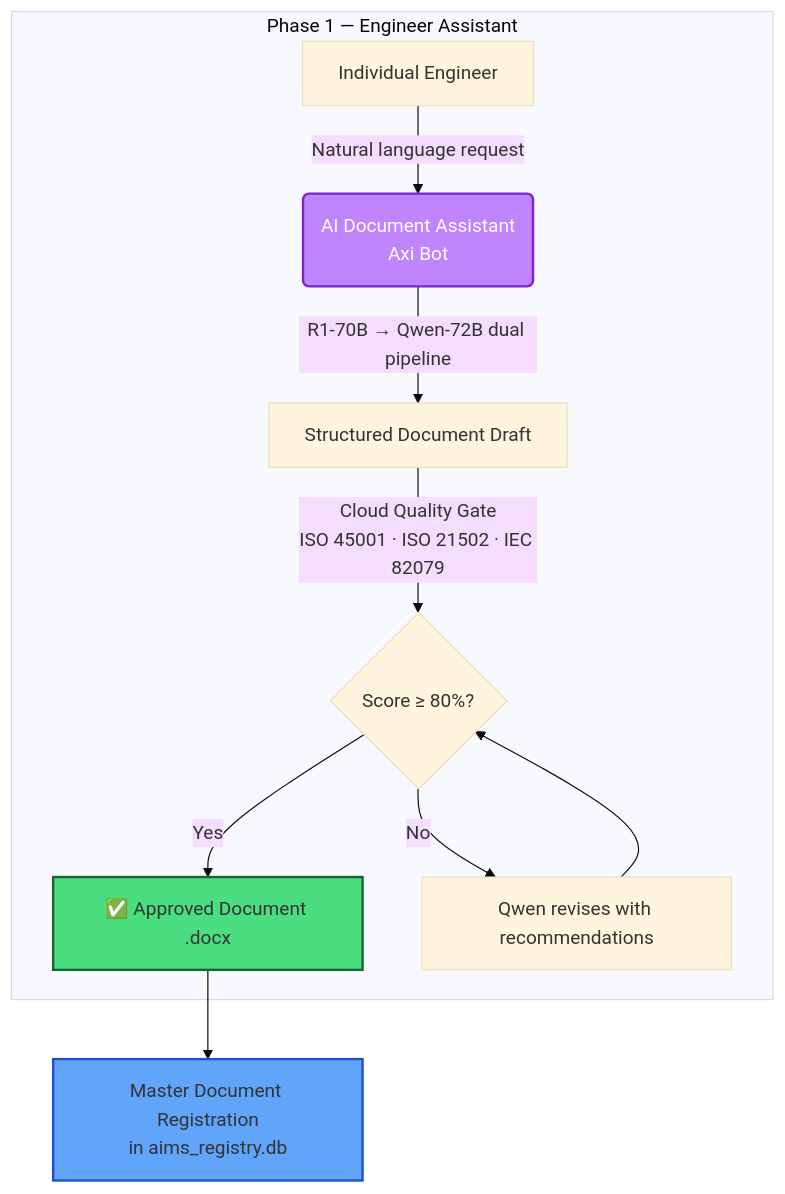
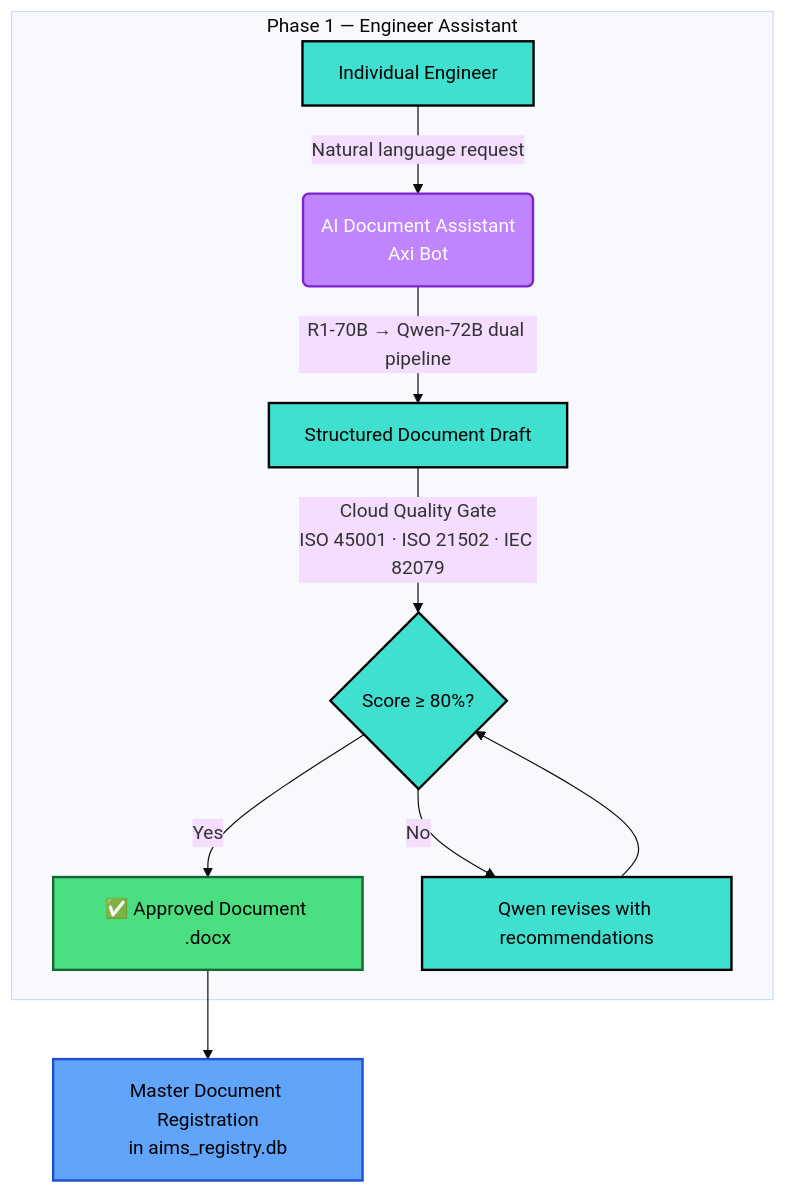
The eighth of 12 diagrams in README.md (AxiOMSphereAssistanceAIMS/AxiOMSphere), drawn with Mermaid (base theme) before and after one commit.

````diff
--- a/README.md
+++ b/README.md
@@ -488,16 +488,17 @@
 ```mermaid
 graph TD
     subgraph "Phase 1 — Engineer Assistant"
         A[Individual Engineer] -->|Natural language request| B("AI Document Assistant\nAxi Bot")
         B -->|"R1-70B → Qwen-72B dual pipeline"| C[Structured Document Draft]
         C -->|"Cloud Quality Gate\nISO 45001 · ISO 21502 · IEC 82079"| D{"Score ≥ 80%?"}
         D -->|Yes| E["✅ Approved Document .docx"]
         D -->|No| F[Qwen revises with recommendations]
         F --> D
     end
     E --> L["Master Document Registration\nin aims_registry.db"]
 
     style B fill:#c084fc,stroke:#7e22ce,stroke-width:2px,color:#fff
     style E fill:#4ade80,stroke:#166534,stroke-width:2px
     style L fill:#60a5fa,stroke:#1d4ed8,stroke-width:2px
+    classDef default fill:#40E0D0,stroke:#000,stroke-width:2px,color:#000;
 ```
````
